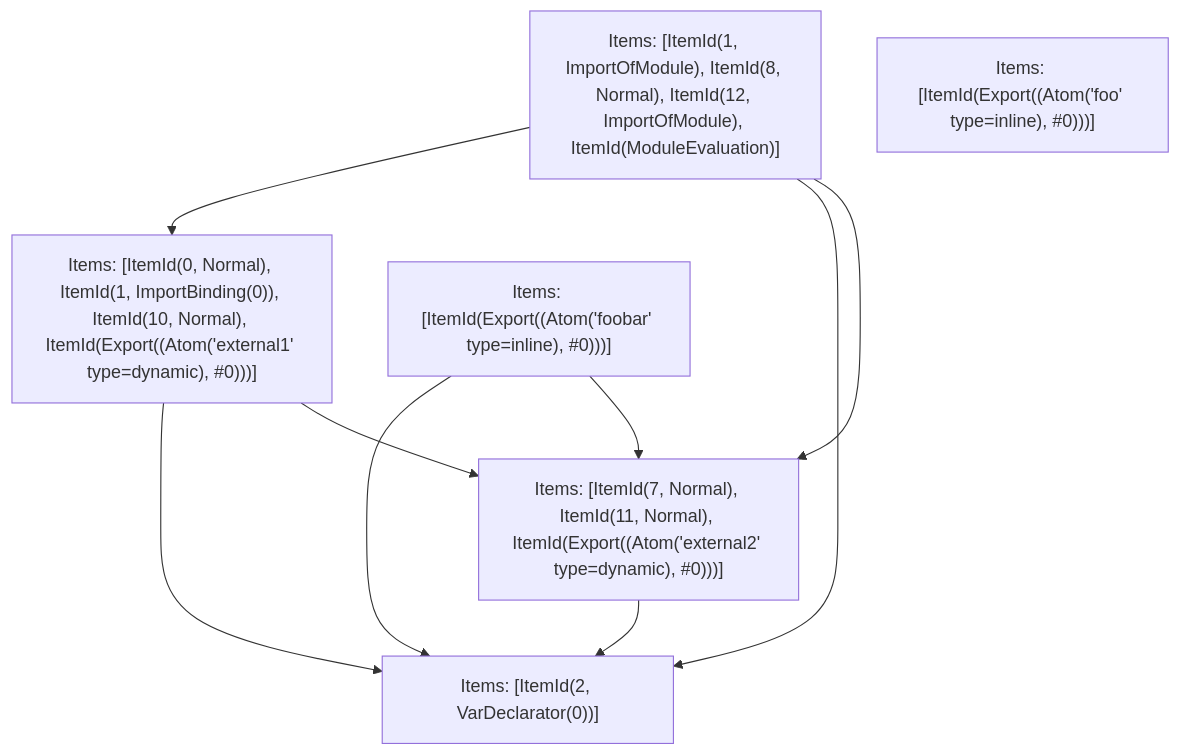
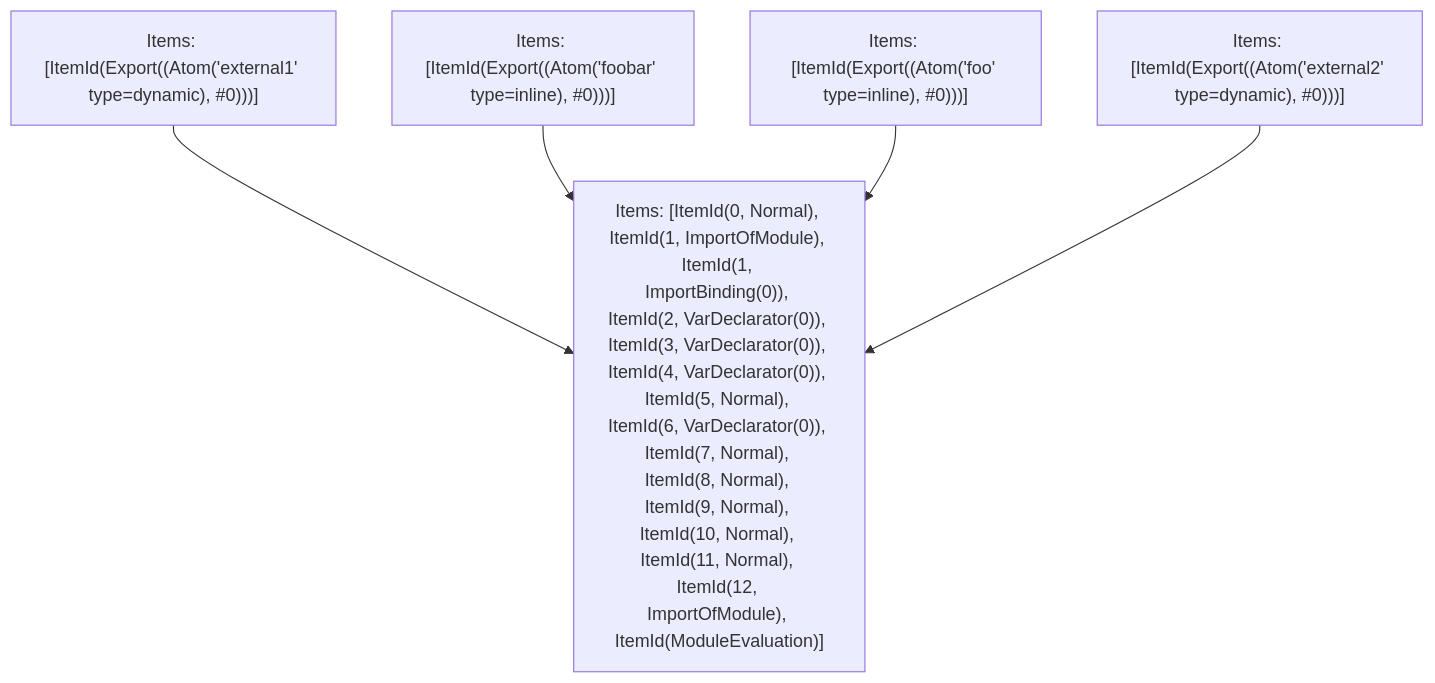
The fifth of 5 diagrams in crates/turbopack-ecmascript/tests/tree-shaker/analyzer/2/output.md (vercel/turborepo), drawn with Mermaid before and after one commit. The commit also changed other lines of this file and 3 other files, not shown here.

````diff
--- a/crates/turbopack-ecmascript/tests/tree-shaker/analyzer/2/output.md
+++ b/crates/turbopack-ecmascript/tests/tree-shaker/analyzer/2/output.md
@@ -359,17 +370,12 @@
 ```mermaid
 graph TD
-    N0["Items: [ItemId(1, ImportOfModule), ItemId(8, Normal), ItemId(12, ImportOfModule), ItemId(ModuleEvaluation)]"];
-    N1["Items: [ItemId(0, Normal), ItemId(1, ImportBinding(0)), ItemId(10, Normal), ItemId(Export((Atom('external1' type=dynamic), #0)))]"];
+    N0["Items: [ItemId(0, Normal), ItemId(1, ImportOfModule), ItemId(1, ImportBinding(0)), ItemId(2, VarDeclarator(0)), ItemId(3, VarDeclarator(0)), ItemId(4, VarDeclarator(0)), ItemId(5, Normal), ItemId(6, VarDeclarator(0)), ItemId(7, Normal), ItemId(8, Normal), ItemId(9, Normal), ItemId(10, Normal), ItemId(11, Normal), ItemId(12, ImportOfModule), ItemId(ModuleEvaluation)]"];
+    N1["Items: [ItemId(Export((Atom('external1' type=dynamic), #0)))]"];
     N2["Items: [ItemId(Export((Atom('foobar' type=inline), #0)))]"];
     N3["Items: [ItemId(Export((Atom('foo' type=inline), #0)))]"];
-    N4["Items: [ItemId(7, Normal), ItemId(11, Normal), ItemId(Export((Atom('external2' type=dynamic), #0)))]"];
-    N5["Items: [ItemId(2, VarDeclarator(0))]"];
-    N0 --> N1;
-    N0 --> N5;
-    N0 --> N4;
-    N1 --> N5;
-    N1 --> N4;
-    N2 --> N5;
-    N2 --> N4;
-    N4 --> N5;
+    N4["Items: [ItemId(Export((Atom('external2' type=dynamic), #0)))]"];
+    N1 --> N0;
+    N2 --> N0;
+    N3 --> N0;
+    N4 --> N0;
 ```
````
